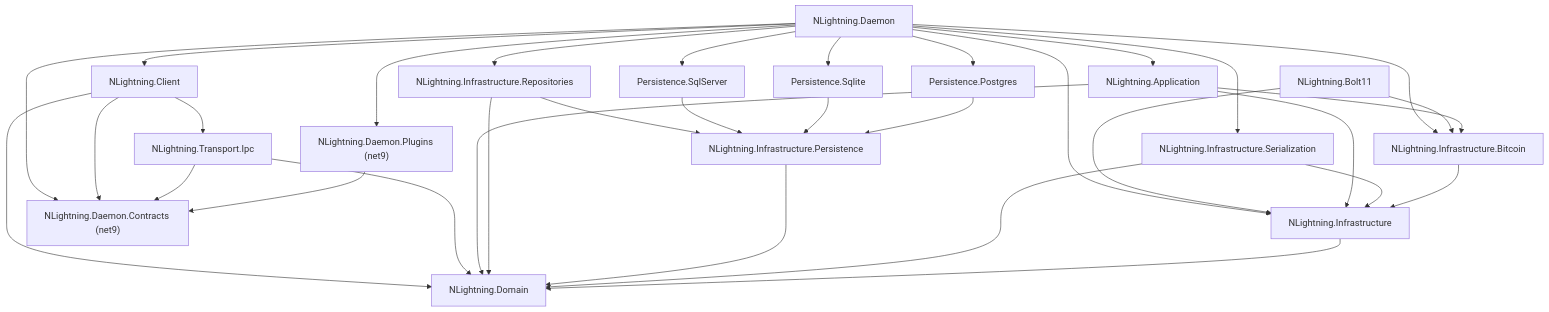
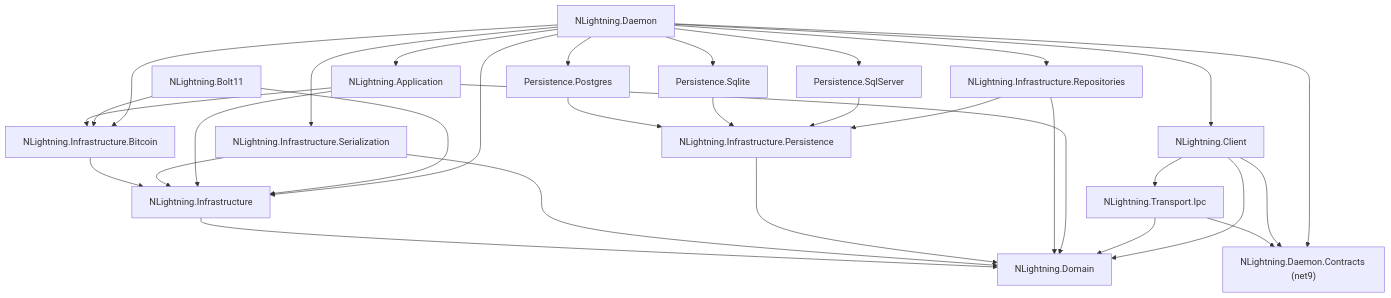
Before and after one commit to rsafier/nlightning: the diagram in docs/agents/REPO_MAP.md, drawn with Mermaid. The commit also changed other lines of this file and 26 other files, not shown here.

````diff
--- a/docs/agents/REPO_MAP.md
+++ b/docs/agents/REPO_MAP.md
@@ -80,52 +79,49 @@
 ```mermaid
 graph TD
   Domain[NLightning.Domain]
   Infra[NLightning.Infrastructure]
   Btc[NLightning.Infrastructure.Bitcoin]
   Ser[NLightning.Infrastructure.Serialization]
   Pers[NLightning.Infrastructure.Persistence]
   PPg[Persistence.Postgres]
   PSq[Persistence.Sqlite]
   PSs[Persistence.SqlServer]
   Repo[NLightning.Infrastructure.Repositories]
   App[NLightning.Application]
   B11[NLightning.Bolt11]
   Contracts["NLightning.Daemon.Contracts (net9)"]
-  Plugins["NLightning.Daemon.Plugins (net9)"]
   Ipc[NLightning.Transport.Ipc]
   Client[NLightning.Client]
   Daemon[NLightning.Daemon]
 
   Infra --> Domain
   Btc --> Infra
   Ser --> Domain
   Ser --> Infra
   Pers --> Domain
   PPg --> Pers
   PSq --> Pers
   PSs --> Pers
   Repo --> Domain
   Repo --> Pers
   App --> Domain
   App --> Infra
   App --> Btc
   B11 --> Infra
   B11 --> Btc
-  Plugins --> Contracts
   Ipc --> Contracts
   Ipc --> Domain
   Client --> Contracts
   Client --> Ipc
   Client --> Domain
   Daemon --> App
   Daemon --> Client
-  Daemon --> Plugins
   Daemon --> Repo
   Daemon --> Btc
   Daemon --> PPg
   Daemon --> PSq
   Daemon --> PSs
   Daemon --> Ser
   Daemon --> Infra
   Daemon --> Contracts
 ```
````
